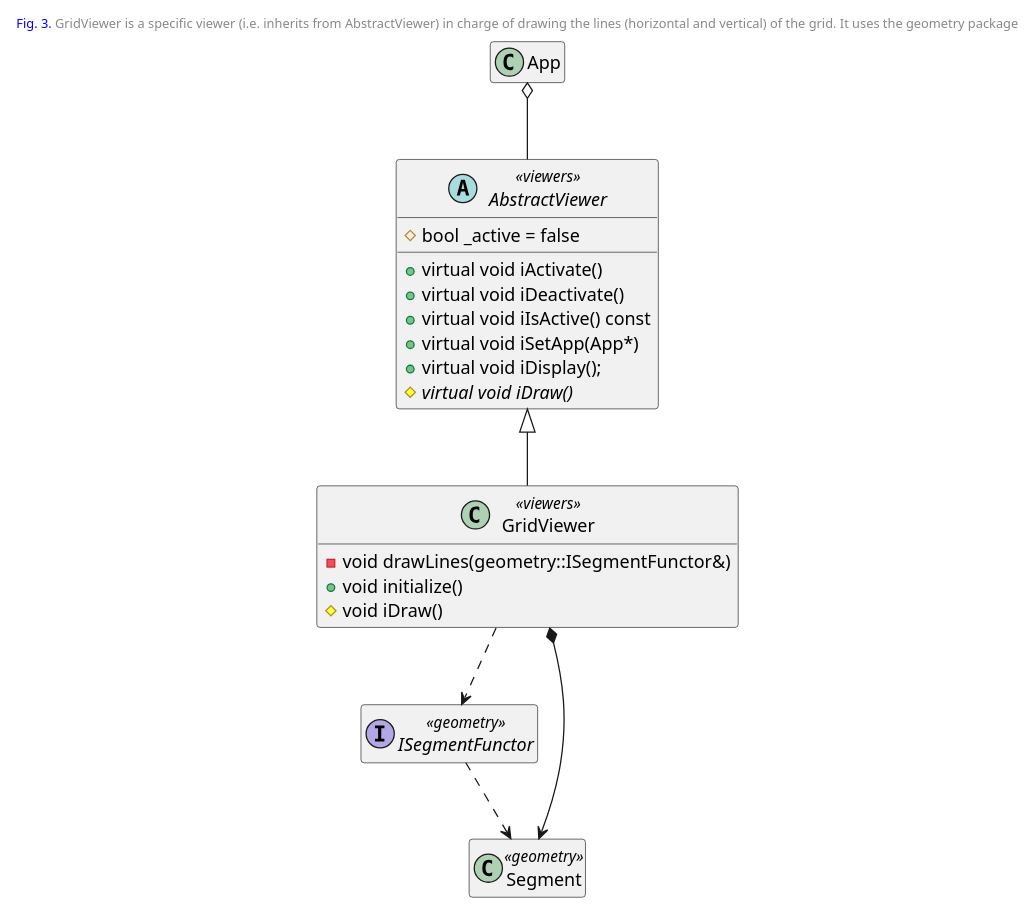
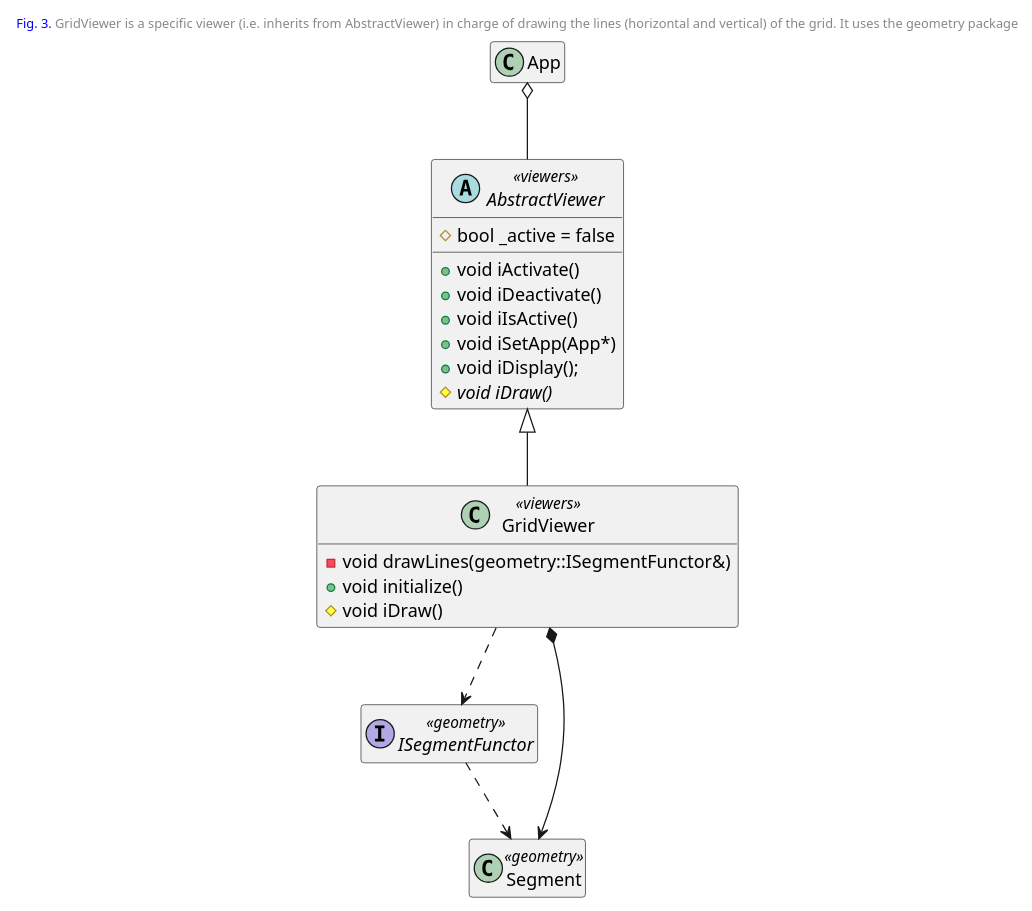
One commit to kanmeugne/kanmeugne.github.io changed the third of 4 diagrams in _posts/modsim/2020-09-29-sfml-2d-grid.md. Above: the diagram before and after it, drawn with PlantUML. The commit also changed other lines of this file and 3 other files, not shown here.

```diff
--- a/_posts/modsim/2020-09-29-sfml-2d-grid.md
+++ b/_posts/modsim/2020-09-29-sfml-2d-grid.md
@@ -190,43 +190,39 @@
 {% plantuml %}
 @startuml
 header
 <size:10> <font color=blue>Fig. 3.</font> GridViewer is a specific viewer (i.e. inherits from AbstractViewer) in charge of drawing the lines (horizontal and vertical) of the grid. It uses the geometry package </size>
 end header
 class App {
-    + {static} const int DEFAULT_HEIGHT
-    + {static} const int DEFAULT_WIDTH
-    + {static} const int DEFAULT_RESX
-    + {static} const int DEFAULT_RESY
     + void run()
     + void display()
 }
 abstract class AbstractViewer <<viewers>> {
-    + virtual void iActivate()
-    + virtual void iDeactivate()
-    + virtual void iIsActive() const
-    + virtual void iSetApp(App*)
-    + virtual void iDisplay();
-    # {abstract} virtual void iDraw()
+    + void iActivate()
+    + void iDeactivate()
+    + void iIsActive()
+    + void iSetApp(App*)
+    + void iDisplay();
+    # {abstract} void iDraw()
     # bool _active = false
 }
 class GridViewer <<viewers>> extends AbstractViewer {
     - void drawLines(geometry::ISegmentFunctor&)
     + void initialize()
     # void iDraw()
 }
 interface ISegmentFunctor <<geometry>>
 class Segment <<geometry>>
 
 ISegmentFunctor ..> Segment
 App o-- AbstractViewer
 GridViewer ..> ISegmentFunctor
 GridViewer *--> Segment
 
 hide App members
 hide ISegmentFunctor members
 hide Segment members
 hide GridViewer fields
 
 @enduml
 
 {% endplantuml %}
```
